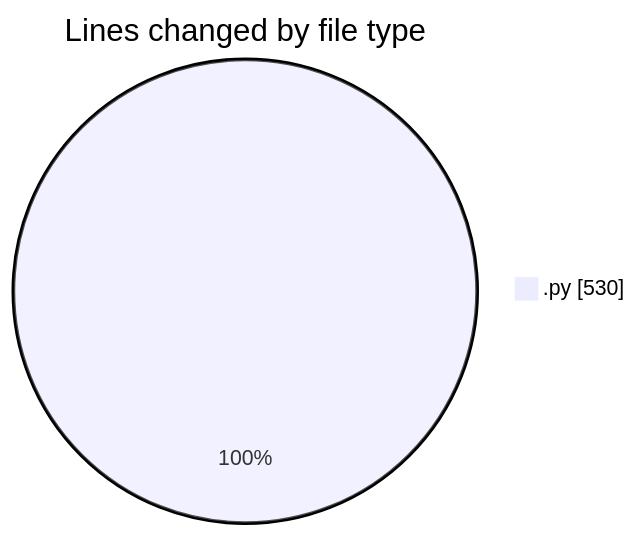
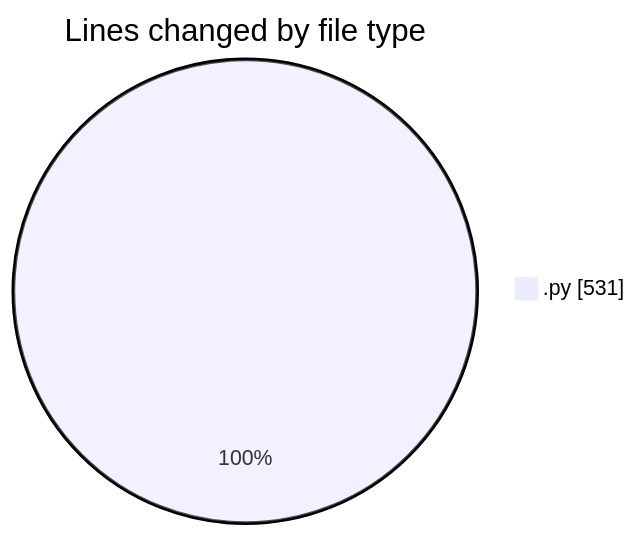
One commit to julien-gomy/code-tracking changed the first of 2 diagrams in 2025-10-15/eventscop-api-guide__workspace_/README.md. Above: the diagram before and after it, drawn with Mermaid. The commit also changed other lines of this file and 1 other file, not shown here.

````diff
--- a/2025-10-15/eventscop-api-guide__workspace_/README.md
+++ b/2025-10-15/eventscop-api-guide__workspace_/README.md
@@ -20,5 +20,5 @@
 ```mermaid
 pie showData
 title Lines changed by file type
-".py" : 530
+".py" : 531
 ```
````
